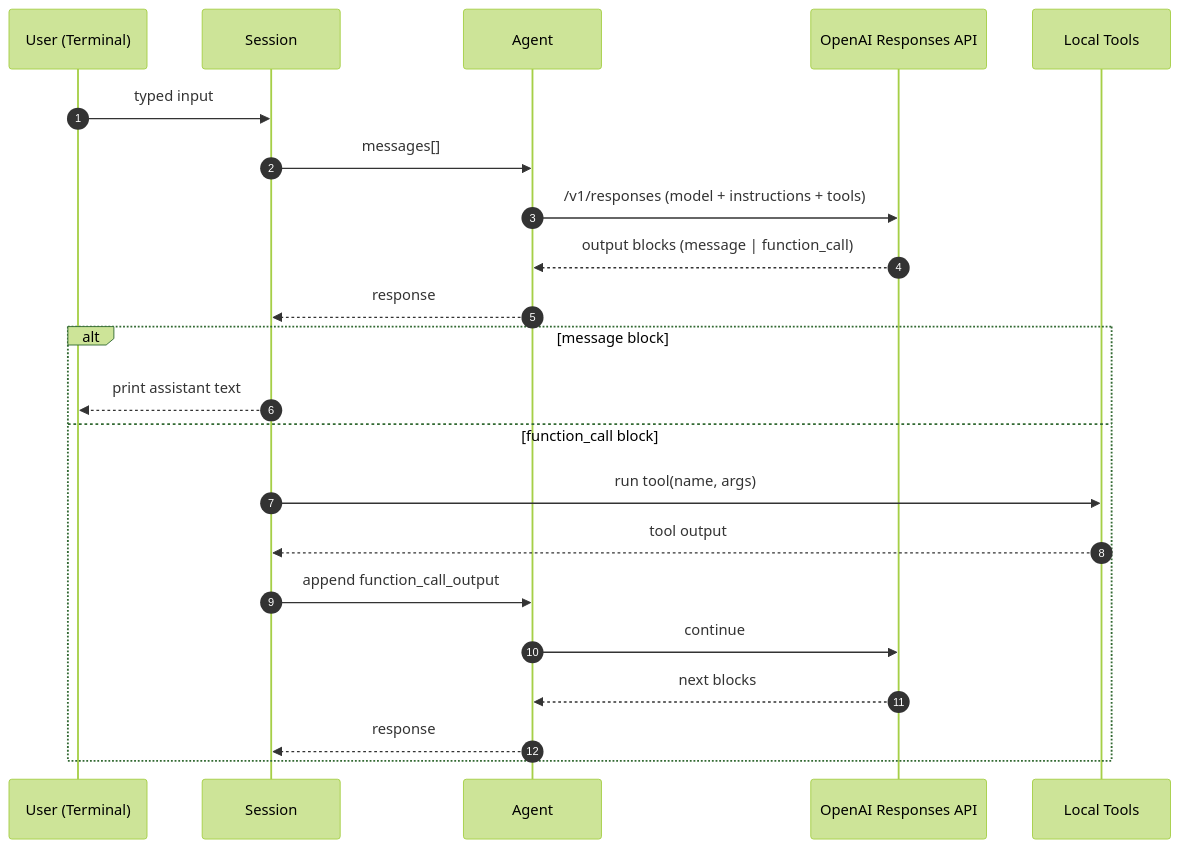
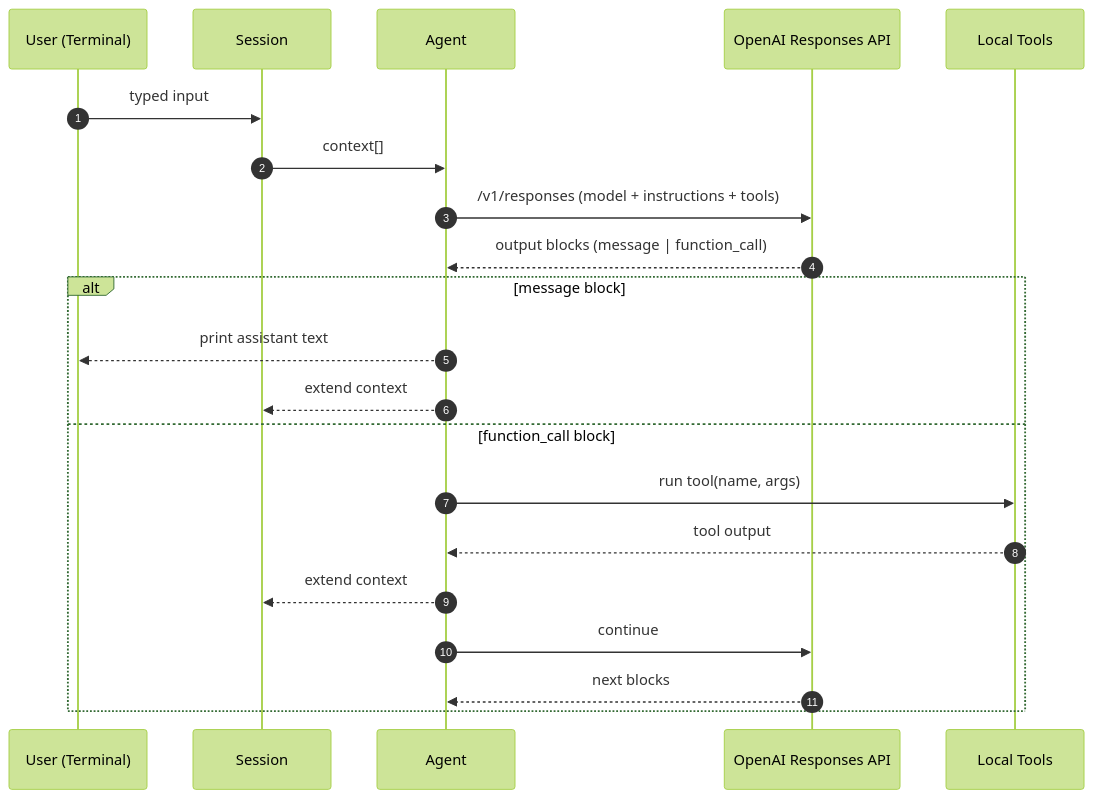
One commit to mlorthiois/smolcode changed the first of 2 diagrams in README.md. Above: the diagram before and after it, drawn with Mermaid (forest theme). The commit also changed other lines of this file and 7 other files, not shown here.

````diff
--- a/README.md
+++ b/README.md
@@ -121,26 +121,25 @@
 ```mermaid
 sequenceDiagram
   autonumber
   participant U as User (Terminal)
   participant S as Session
   participant A as Agent
   participant API as OpenAI Responses API
   participant T as Local Tools
 
   U->>S: typed input
-  S->>A: messages[]
+  S->>A: context[]
   A->>API: /v1/responses (model + instructions + tools)
   API-->>A: output blocks (message | function_call)
-  A-->>S: response
 
   alt message block
-    S-->>U: print assistant text
+    A-->>U: print assistant text
+    A-->>S: extend context
   else function_call block
-    S->>T: run tool(name, args)
-    T-->>S: tool output
-    S->>A: append function_call_output
+    A->>T: run tool(name, args)
+    T-->>A: tool output
+    A-->>S: extend context
     A->>API: continue
     API-->>A: next blocks
-    A-->>S: response
   end
 ```
````
